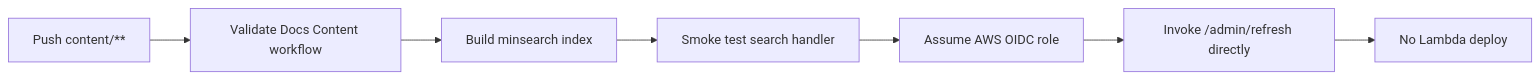
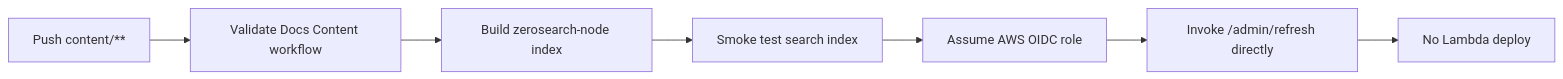
Before and after one commit to DataTalksClub/dataops: the fourth of 6 diagrams in docs/architecture.md, drawn with Mermaid. The commit also changed other lines of this file and 294 other files, not shown here.

````diff
--- a/docs/architecture.md
+++ b/docs/architecture.md
@@ -131,9 +132,9 @@
 ```mermaid
 flowchart LR
   ContentPush[Push content/**] --> Validate[Validate Docs Content workflow]
-  Validate --> BuildIndex[Build minsearch index]
-  BuildIndex --> Smoke[Smoke test search handler]
+  Validate --> BuildIndex[Build zerosearch-node index]
+  BuildIndex --> Smoke[Smoke test search index]
   Smoke --> OIDC[Assume AWS OIDC role]
   OIDC --> Refresh[Invoke /admin/refresh directly]
   Refresh --> Done[No Lambda deploy]
 ```
````
